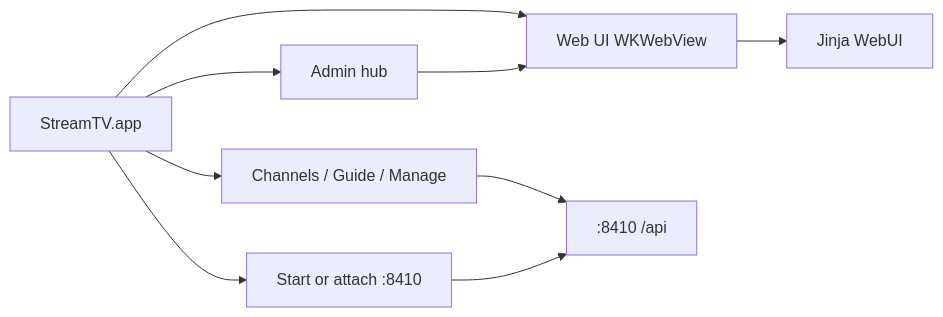
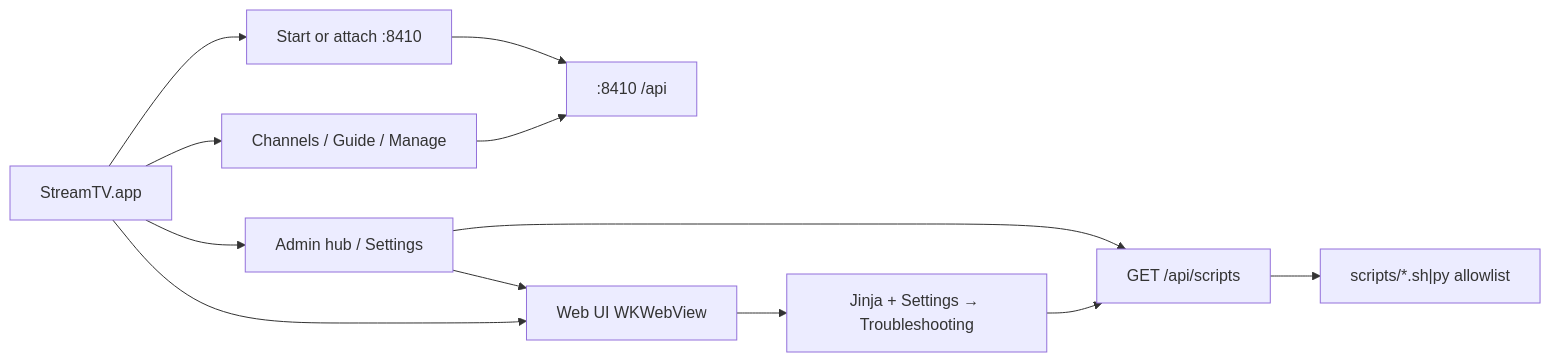
One commit to roto31/StreamTV changed the tenth of 10 diagrams in ARCHITECTURE.md. Above: the diagram before and after it, drawn with Mermaid. The commit also changed other lines of this file and 9 other files, not shown here.

````diff
--- a/ARCHITECTURE.md
+++ b/ARCHITECTURE.md
@@ -281,11 +281,14 @@
 ```mermaid
 flowchart LR
   App["StreamTV.app"] --> Lifecycle["Start or attach :8410"]
   App --> Native["Channels / Guide / Manage"]
-  App --> Admin["Admin hub"]
+  App --> Admin["Admin hub / Settings"]
   App --> WebUI["Web UI WKWebView"]
   Native --> API[":8410 /api"]
+  Admin --> Catalog["GET /api/scripts"]
   Admin --> WebUI
-  WebUI --> UI["Jinja WebUI"]
+  WebUI --> UI["Jinja + Settings → Troubleshooting"]
+  UI --> Catalog
+  Catalog --> Scripts["scripts/*.sh|py allowlist"]
   Lifecycle --> API
 ```
````
